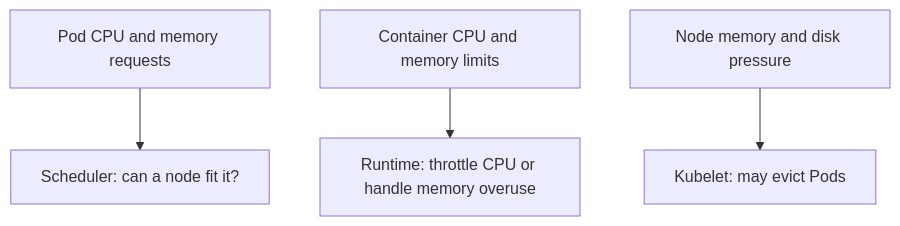
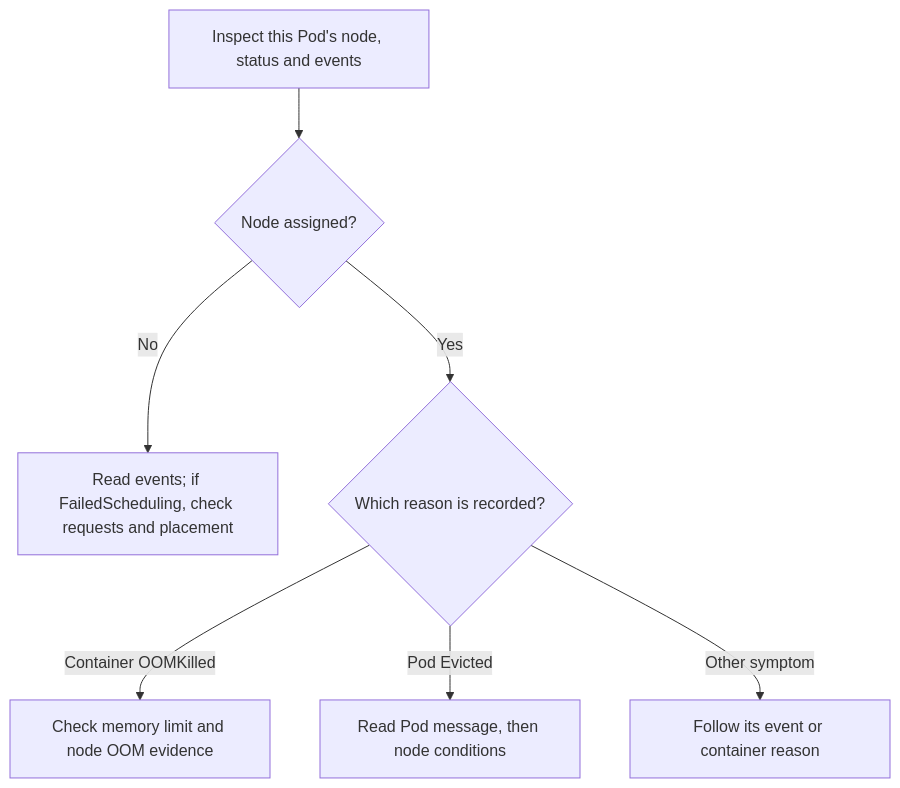
The diagram in knowledge/kubernetes/commands/workflows.md (David-A18/MY-humble-knowledge-for-everyone), drawn with Mermaid before and after one commit. The commit also changed other lines of this file and 5 other files, not shown here.

````diff
--- a/knowledge/kubernetes/commands/workflows.md
+++ b/knowledge/kubernetes/commands/workflows.md
@@ -49,6 +66,9 @@
 ```mermaid
 flowchart TB
-  request["Pod CPU and memory requests"] --> scheduler["Scheduler: can a node fit it?"]
-  limit["Container CPU and memory limits"] --> runtime["Runtime: throttle CPU or handle memory overuse"]
-  node["Node memory and disk pressure"] --> kubelet["Kubelet: may evict Pods"]
+  symptom["Inspect this Pod's node, status and events"] --> assigned{"Node assigned?"}
+  assigned -- "No" --> schedule["Read events; if FailedScheduling, check requests and placement"]
+  assigned -- "Yes" --> outcome{"Which reason is recorded?"}
+  outcome -- "Container OOMKilled" --> oom["Check memory limit and node OOM evidence"]
+  outcome -- "Pod Evicted" --> evict["Read Pod message, then node conditions"]
+  outcome -- "Other symptom" --> other["Follow its event or container reason"]
 ```
````
